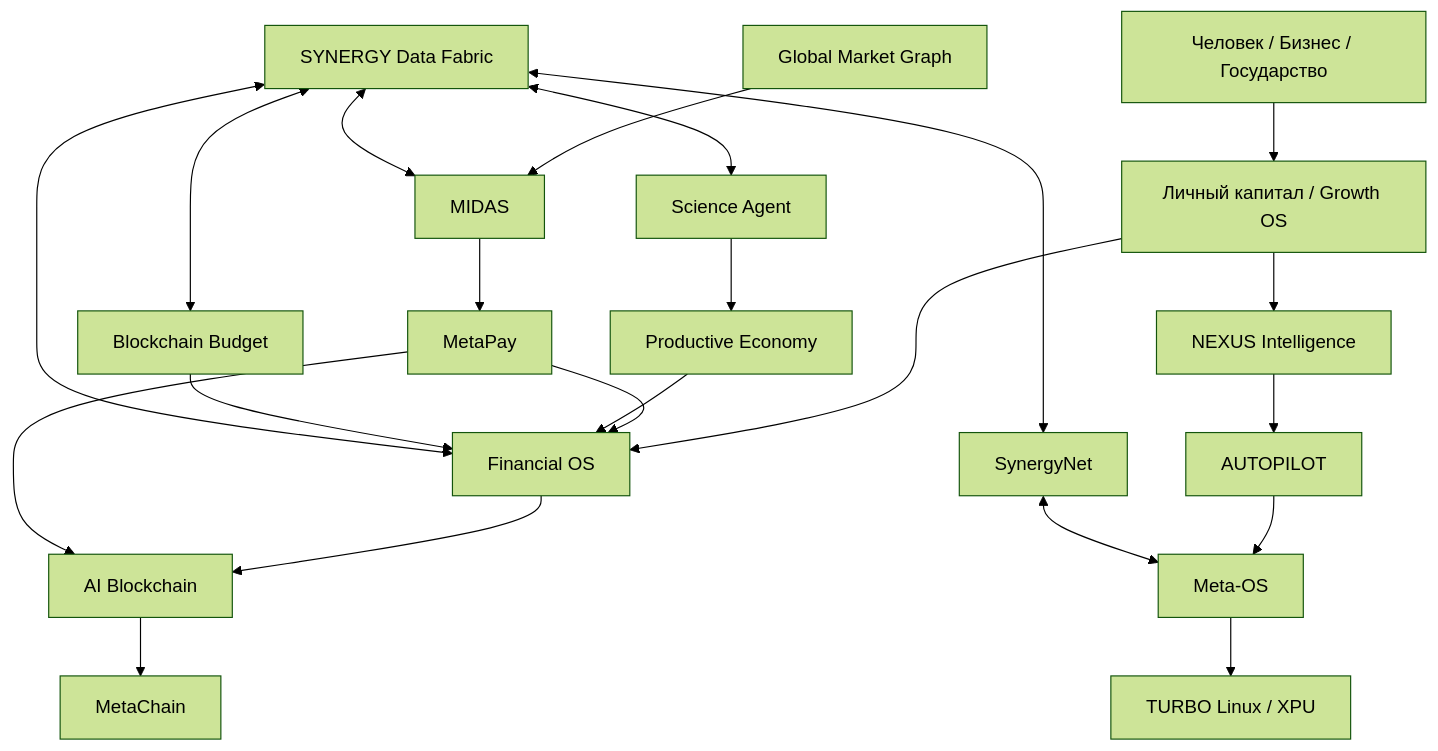
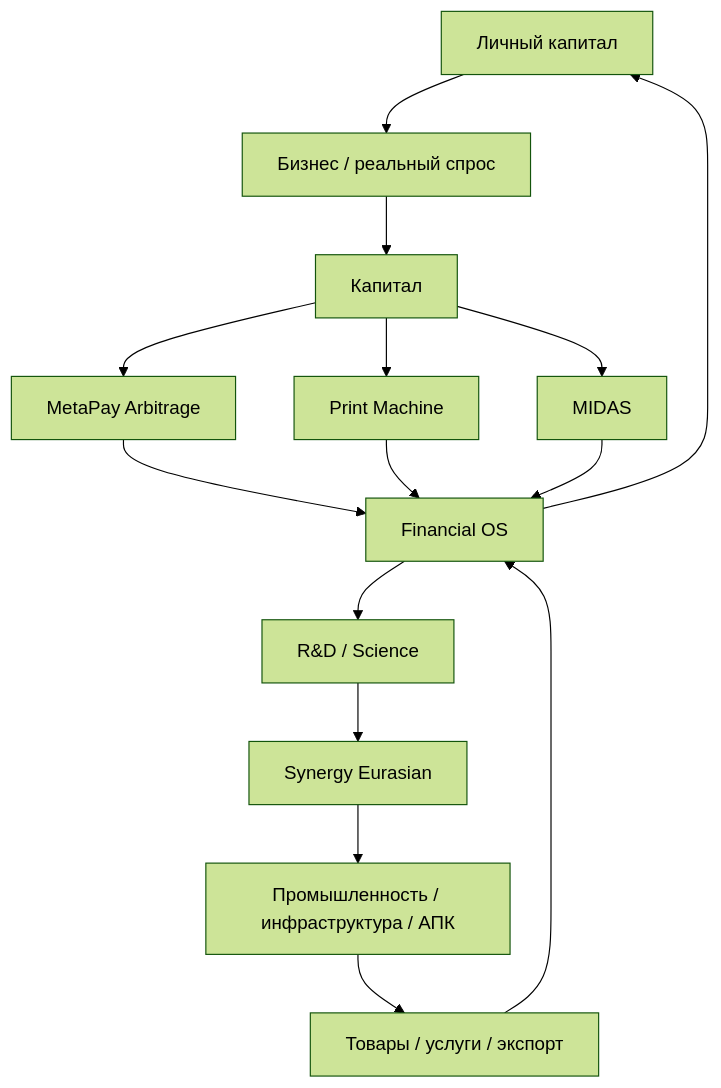
Before and after one commit to Shtenco/synergy_project: the diagram in README.md, drawn with Mermaid (forest theme). The commit also changed other lines of this file, not shown here.

Commit message:
Expand README around three external value engines and Eurasian productive economy

````diff
--- a/README.md
+++ b/README.md
@@ -136,42 +1080,17 @@
 ```mermaid
 flowchart TD
-    HUMAN[Человек / Бизнес / Государство]
-    APP[Личный капитал / Growth OS]
-    N[NEXUS Intelligence]
-    AUTO[AUTOPILOT]
-    MIDAS[MIDAS]
-    GRAPH[Global Market Graph]
-    PAY[MetaPay]
-    FIN[Financial OS]
-    DATA[SYNERGY Data Fabric]
-    NET[SynergyNet]
-    BC[AI Blockchain]
-    META[MetaChain]
-    SCI[Science Agent]
-    ECON[Productive Economy]
-    GOV[Blockchain Budget]
-    MOS[Meta-OS]
-    HOST[TURBO Linux / XPU]
-
-    HUMAN --> APP
-    APP --> FIN
-    APP --> N
-    N --> AUTO
-    AUTO --> MOS
-    MIDAS --> PAY
-    GRAPH --> MIDAS
-    PAY --> FIN
-    SCI --> ECON
-    ECON --> FIN
-    GOV --> FIN
-    FIN --> BC
-    PAY --> BC
-    BC --> META
-    DATA <--> NET
-    DATA <--> FIN
-    DATA <--> MIDAS
-    DATA <--> SCI
-    DATA <--> GOV
-    NET <--> MOS
-    MOS --> HOST
+    H[Личный капитал] --> B[Бизнес / реальный спрос]
+    B --> C[Капитал]
+    C --> MP[MetaPay Arbitrage]
+    C --> PM[Print Machine]
+    C --> M[MIDAS]
+    MP --> F[Financial OS]
+    PM --> F
+    M --> F
+    F --> R[R&D / Science]
+    R --> E[Synergy Eurasian]
+    E --> I[Промышленность / инфраструктура / АПК]
+    I --> X[Товары / услуги / экспорт]
+    X --> F
+    F --> H
 ```
````
